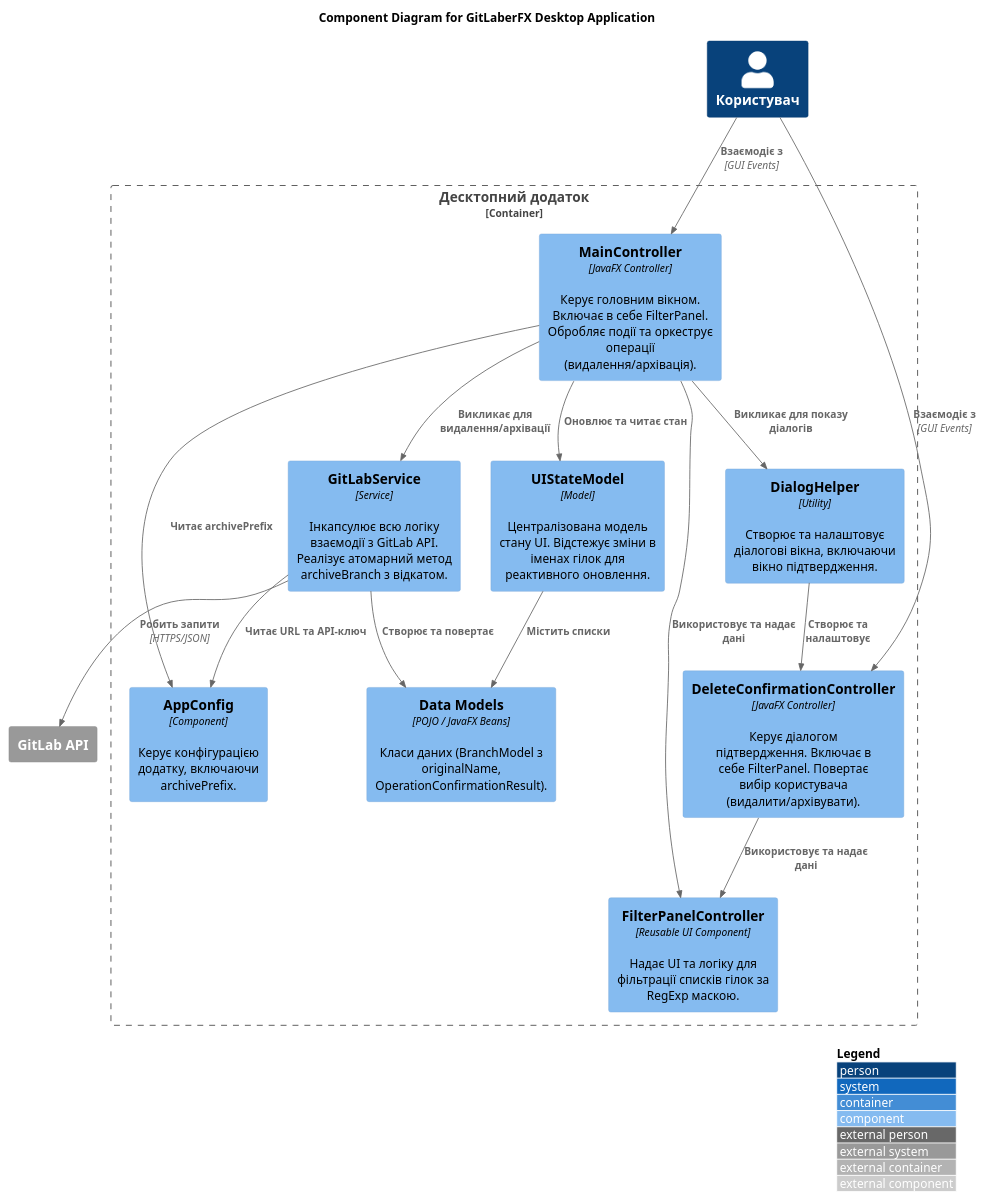
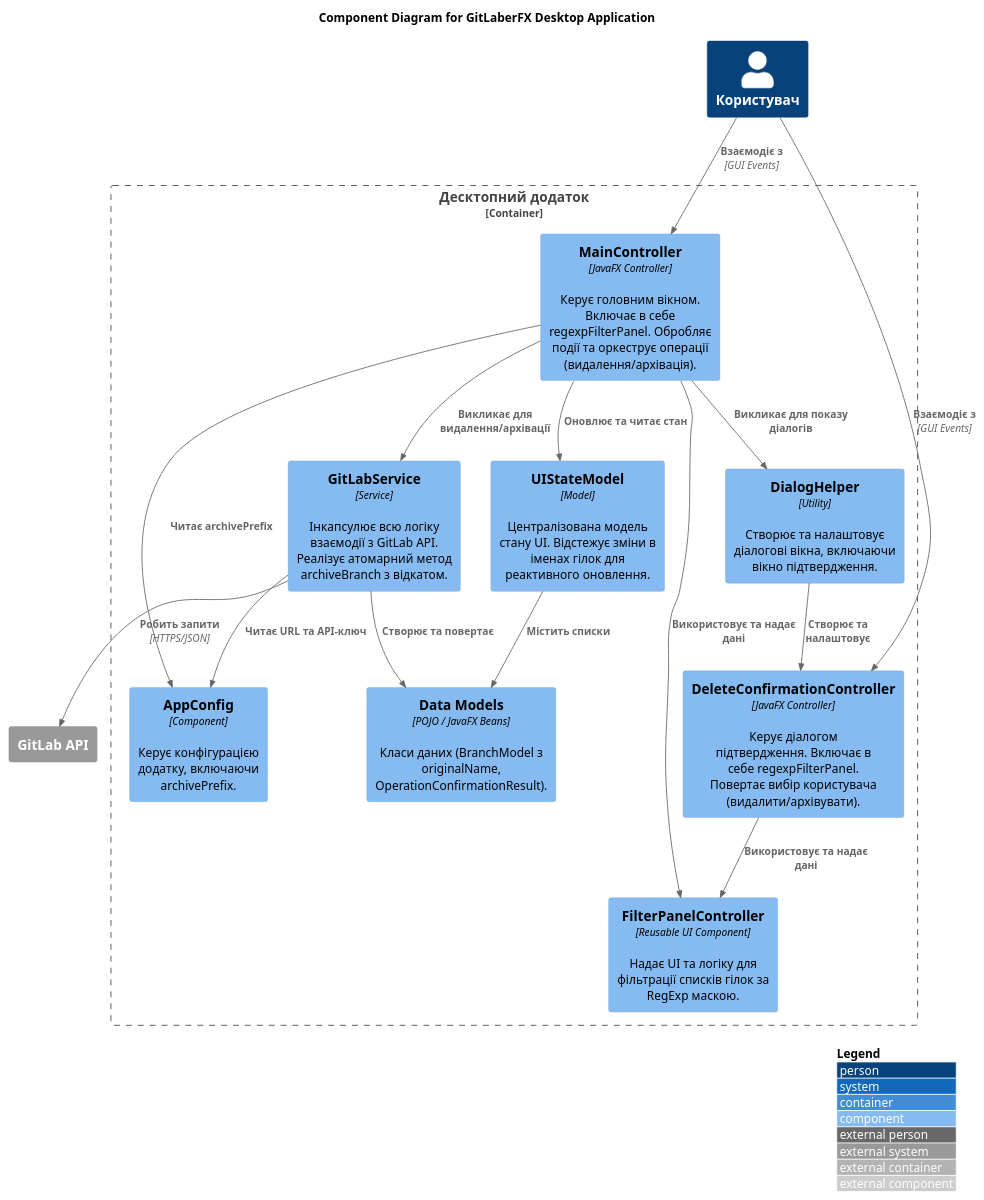
The diagram in src/main/docs/C4_component.puml (pashkazp/gitlaberfx), drawn with PlantUML before and after one commit. The commit also changed 10 other files, not shown here.

Commit message:
Refactor date filter and regexp filter components for improved clarity and functionality

```diff
--- a/src/main/docs/C4_component.puml
+++ b/src/main/docs/C4_component.puml
@@ -1,45 +1,45 @@
 @startuml
 !include <C4/C4_Component>
 
 LAYOUT_WITH_LEGEND()
 
 title Component Diagram for GitLaberFX Desktop Application
 
 Person(user, "Користувач")
 System_Ext(gitlab_api, "GitLab API")
 
 Container_Boundary(app, "Десктопний додаток") {
 
-    Component(main_controller, "MainController", "JavaFX Controller", "Керує головним вікном. Включає в себе FilterPanel. Обробляє події та оркеструє операції (видалення/архівація).")
-    Component(confirmation_controller, "DeleteConfirmationController", "JavaFX Controller", "Керує діалогом підтвердження. Включає в себе FilterPanel. Повертає вибір користувача (видалити/архівувати).")
+    Component(main_controller, "MainController", "JavaFX Controller", "Керує головним вікном. Включає в себе regexpFilterPanel. Обробляє події та оркеструє операції (видалення/архівація).")
+    Component(confirmation_controller, "DeleteConfirmationController", "JavaFX Controller", "Керує діалогом підтвердження. Включає в себе regexpFilterPanel. Повертає вибір користувача (видалити/архівувати).")
     Component(filter_panel, "FilterPanelController", "Reusable UI Component", "Надає UI та логіку для фільтрації списків гілок за RegExp маскою.")
 
     Component(ui_state_model, "UIStateModel", "Model", "Централізована модель стану UI. Відстежує зміни в іменах гілок для реактивного оновлення.")
     Component(domain_models, "Data Models", "POJO / JavaFX Beans", "Класи даних (BranchModel з originalName, OperationConfirmationResult).")
 
     Component(gitlab_service, "GitLabService", "Service", "Інкапсулює всю логіку взаємодії з GitLab API. Реалізує атомарний метод archiveBranch з відкатом.")
     Component(dialog_helper, "DialogHelper", "Utility", "Створює та налаштовує діалогові вікна, включаючи вікно підтвердження.")
     Component(config_component, "AppConfig", "Component", "Керує конфігурацією додатку, включаючи archivePrefix.")
 
     Rel(user, main_controller, "Взаємодіє з", "GUI Events")
     Rel(user, confirmation_controller, "Взаємодіє з", "GUI Events")
 
     Rel(main_controller, filter_panel, "Використовує та надає дані")
     Rel(confirmation_controller, filter_panel, "Використовує та надає дані")
 
     Rel(main_controller, dialog_helper, "Викликає для показу діалогів")
     Rel(dialog_helper, confirmation_controller, "Створює та налаштовує")
 
     Rel(main_controller, ui_state_model, "Оновлює та читає стан")
     Rel(main_controller, gitlab_service, "Викликає для видалення/архівації")
     Rel(main_controller, config_component, "Читає archivePrefix")
 
     Rel(gitlab_service, gitlab_api, "Робить запити", "HTTPS/JSON")
     Rel(gitlab_service, config_component, "Читає URL та API-ключ")
     Rel(gitlab_service, domain_models, "Створює та повертає")
 
     Rel(ui_state_model, domain_models, "Містить списки")
 
 }
 
 @enduml
```
